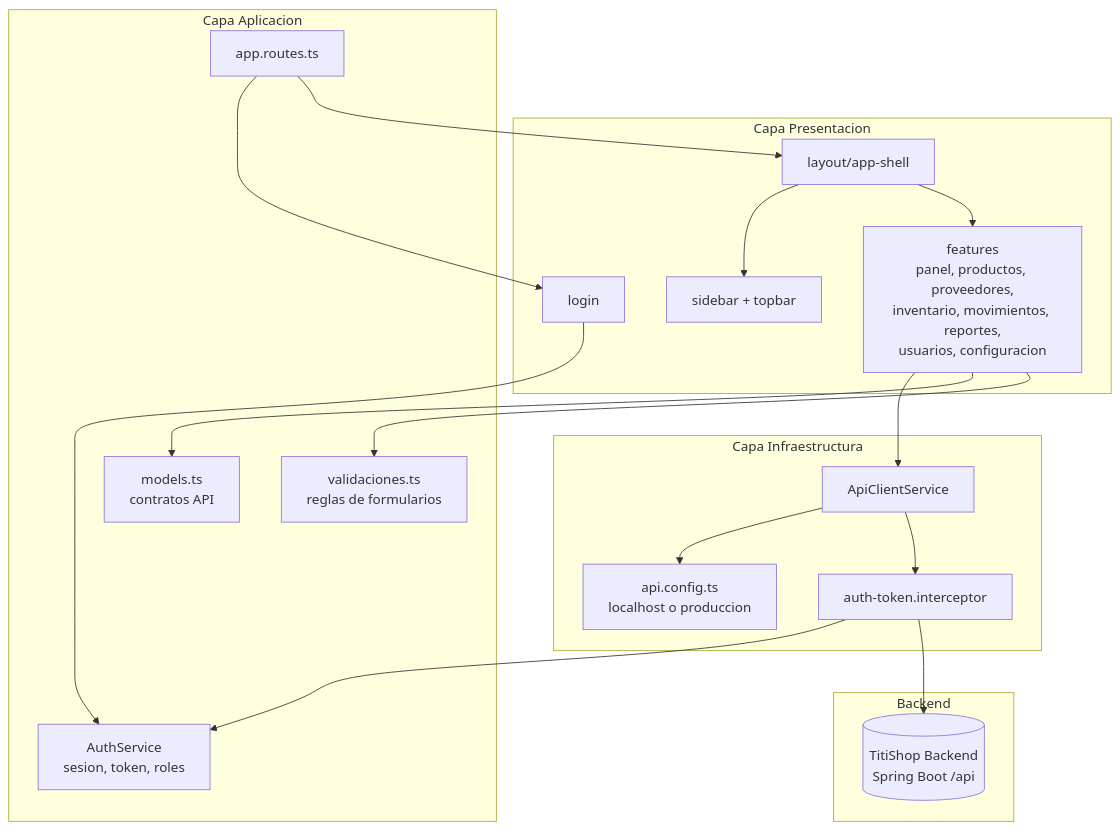
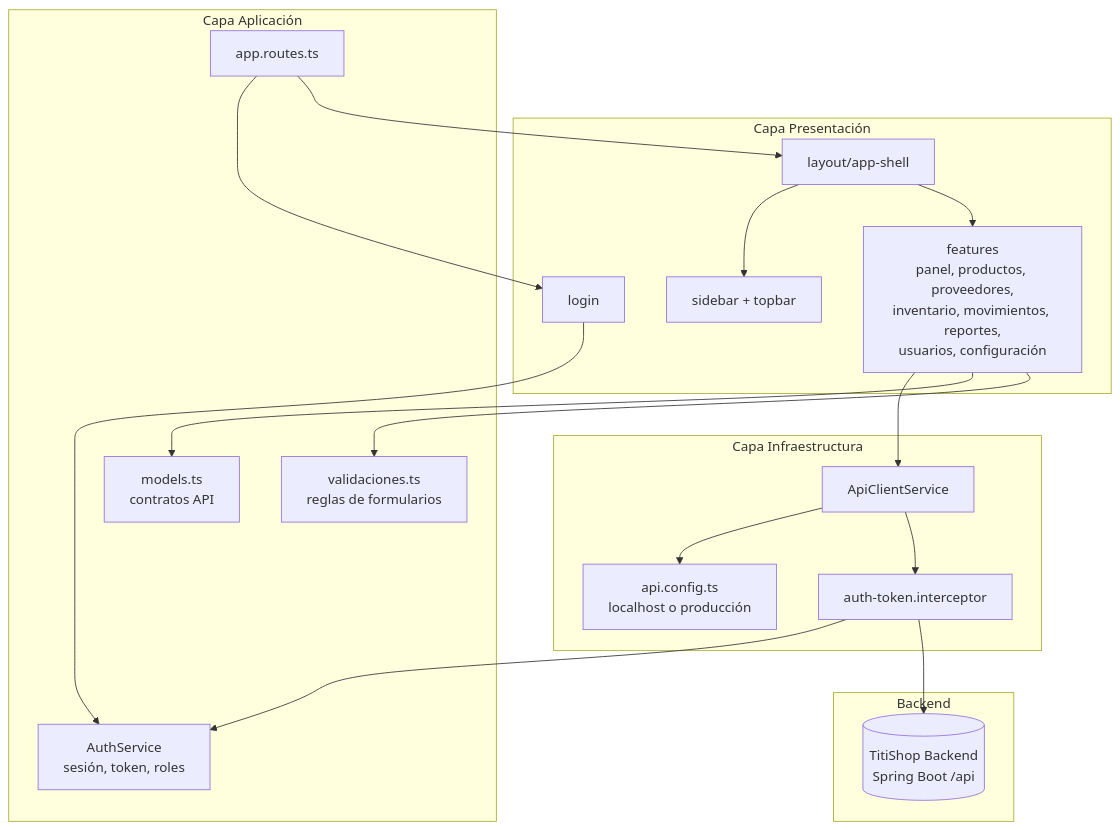
One commit to Espiritu16/titishop-frontend-angular changed the diagram in README.md. Above: the diagram before and after it, drawn with Mermaid. The commit also changed other lines of this file and 2 other files, not shown here.

````diff
--- a/README.md
+++ b/README.md
@@ -324,39 +324,39 @@
 ```mermaid
 flowchart TB
-  subgraph C1["Capa Presentacion"]
+  subgraph C1["Capa Presentación"]
     LOGIN["login"]
     SHELL["layout/app-shell"]
     NAV["sidebar + topbar"]
-    FEATURES["features<br/>panel, productos, proveedores,<br/>inventario, movimientos, reportes,<br/>usuarios, configuracion"]
+    FEATURES["features<br/>panel, productos, proveedores,<br/>inventario, movimientos, reportes,<br/>usuarios, configuración"]
   end
 
-  subgraph C2["Capa Aplicacion"]
+  subgraph C2["Capa Aplicación"]
     ROUTES["app.routes.ts"]
-    AUTH["AuthService<br/>sesion, token, roles"]
+    AUTH["AuthService<br/>sesión, token, roles"]
     MODELS["models.ts<br/>contratos API"]
     VALID["validaciones.ts<br/>reglas de formularios"]
   end
 
   subgraph C3["Capa Infraestructura"]
     API_CLIENT["ApiClientService"]
     TOKEN_INT["auth-token.interceptor"]
-    API_CFG["api.config.ts<br/>localhost o produccion"]
+    API_CFG["api.config.ts<br/>localhost o producción"]
   end
 
   subgraph C4["Backend"]
     API[("TitiShop Backend<br/>Spring Boot /api")]
   end
 
   LOGIN --> AUTH
   SHELL --> NAV
   SHELL --> FEATURES
   ROUTES --> LOGIN
   ROUTES --> SHELL
   FEATURES --> API_CLIENT
   FEATURES --> MODELS
   FEATURES --> VALID
   API_CLIENT --> API_CFG
   TOKEN_INT --> AUTH
   API_CLIENT --> TOKEN_INT
   TOKEN_INT --> API
 ```
````
